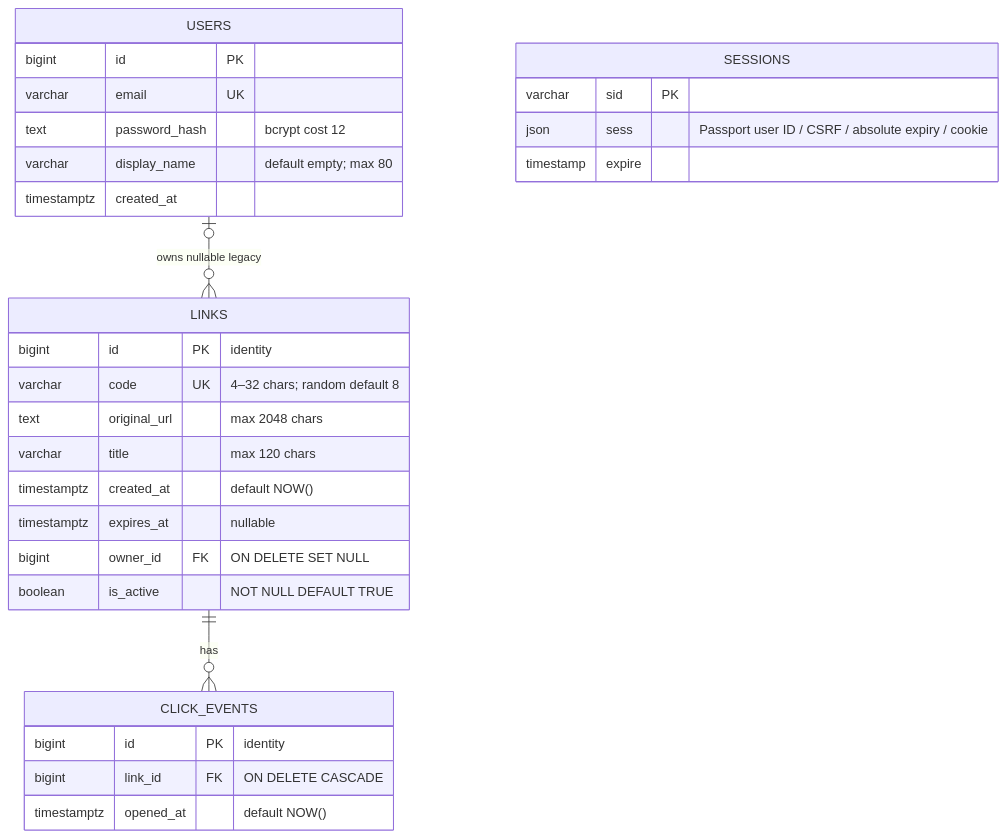
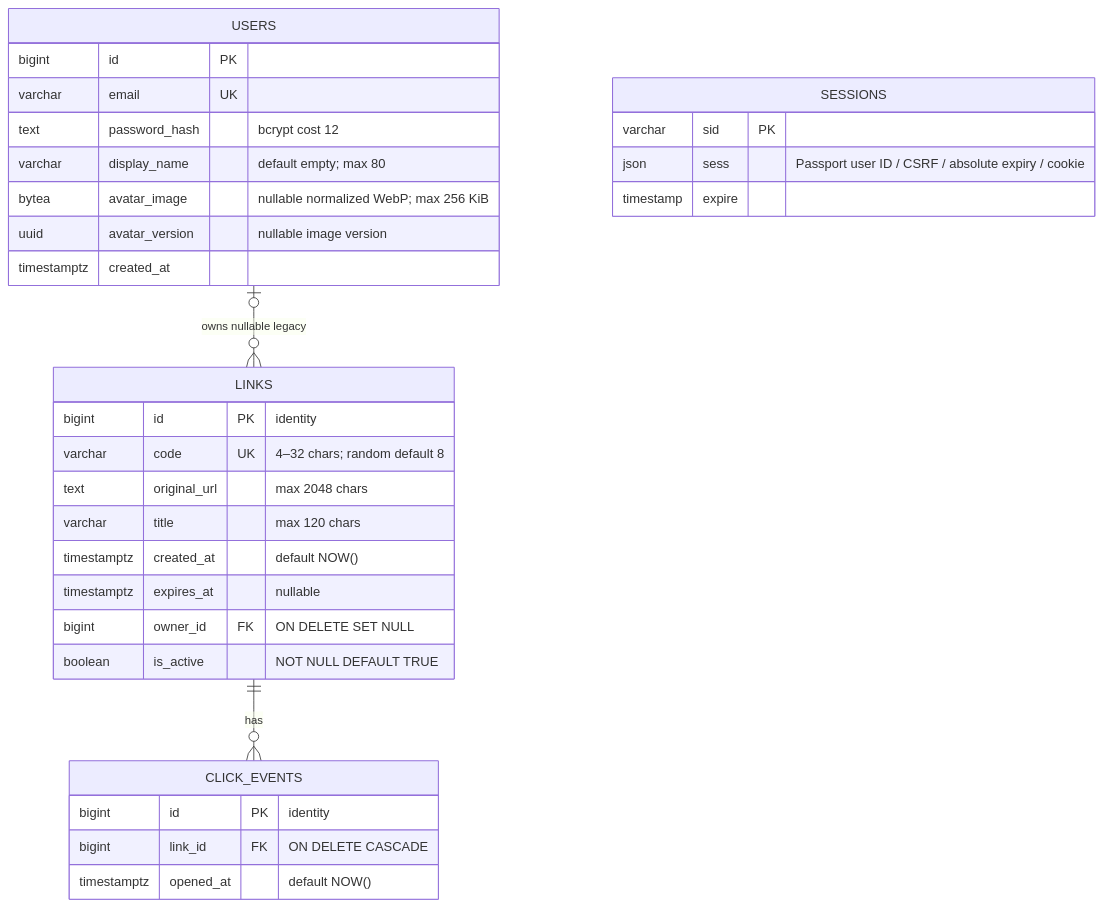
One commit to nicky-wrc/short-url-system changed the fourth of 6 diagrams in docs/DIAGRAMS.md. Above: the diagram before and after it, drawn with Mermaid. The commit also changed other lines of this file and 19 other files, not shown here.

````diff
--- a/docs/DIAGRAMS.md
+++ b/docs/DIAGRAMS.md
@@ -98,32 +98,34 @@
 ```mermaid
 erDiagram
     USERS o|--o{ LINKS : "owns nullable legacy"
     LINKS ||--o{ CLICK_EVENTS : "has"
     LINKS {
         bigint id PK "identity"
         varchar code UK "4–32 chars; random default 8"
         text original_url "max 2048 chars"
         varchar title "max 120 chars"
         timestamptz created_at "default NOW()"
         timestamptz expires_at "nullable"
         bigint owner_id FK "ON DELETE SET NULL"
         boolean is_active "NOT NULL DEFAULT TRUE"
     }
     CLICK_EVENTS {
         bigint id PK "identity"
         bigint link_id FK "ON DELETE CASCADE"
         timestamptz opened_at "default NOW()"
     }
     USERS {
         bigint id PK
         varchar email UK
         text password_hash "bcrypt cost 12"
         varchar display_name "default empty; max 80"
+        bytea avatar_image "nullable normalized WebP; max 256 KiB"
+        uuid avatar_version "nullable image version"
         timestamptz created_at
     }
     SESSIONS {
         varchar sid PK
         json sess "Passport user ID / CSRF / absolute expiry / cookie"
         timestamp expire
     }
 ```
````
